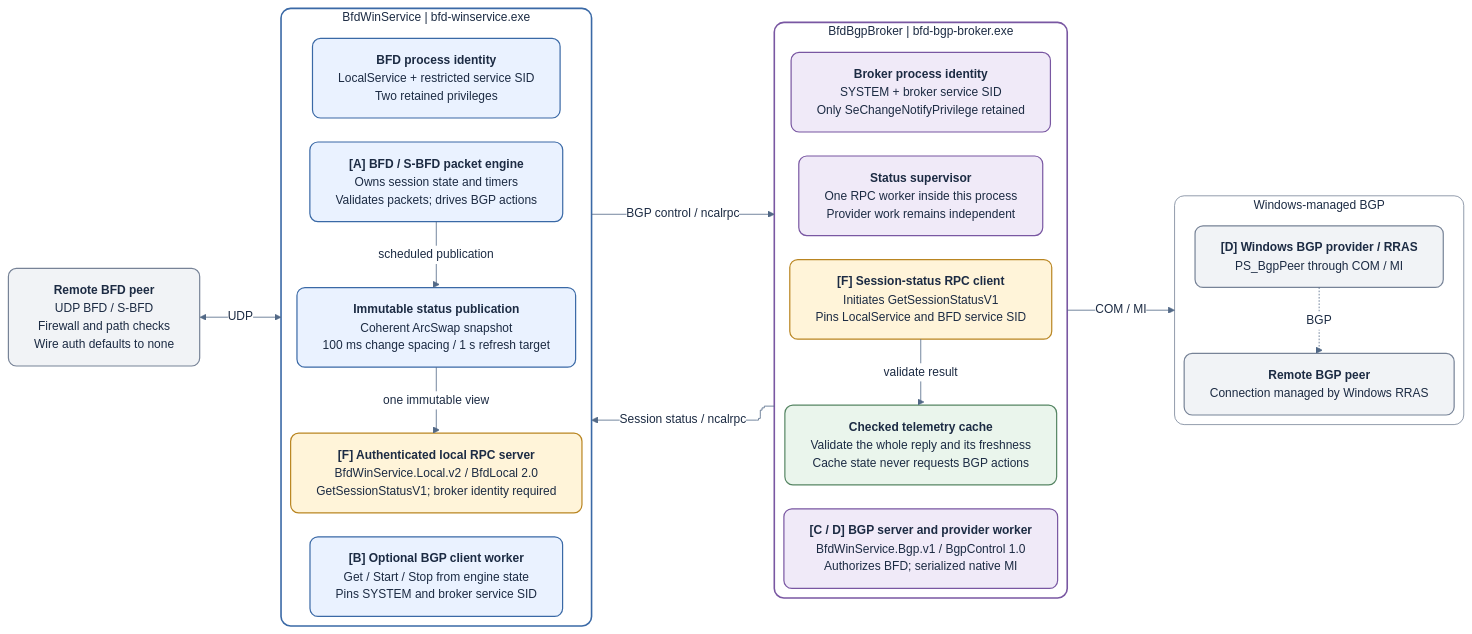
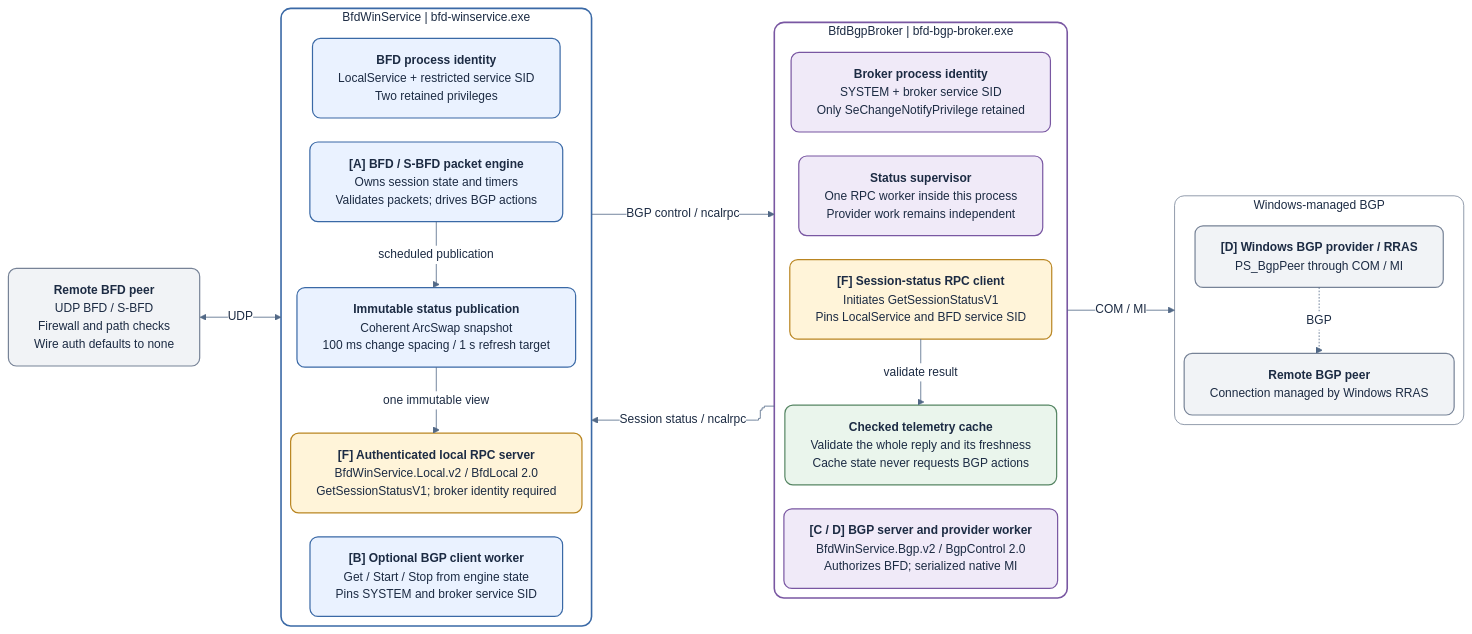
The first of 2 diagrams in docs/service-communication.md (miketheitguy/bfd-winservice), drawn with Mermaid before and after one commit. The commit also changed other lines of this file and 22 other files, not shown here.

Commit message:
refactor: remove BGP broker probes and restart detection

````diff
--- a/docs/service-communication.md
+++ b/docs/service-communication.md
@@ -64,77 +64,77 @@
 ```mermaid
 ---
 config:
   layout: elk
   look: classic
   theme: base
   fontFamily: Segoe UI, Arial, sans-serif
   themeVariables:
     fontSize: 15px
     primaryTextColor: '#1C2B43'
     lineColor: '#526987'
     clusterBkg: '#FFFFFF'
     edgeLabelBackground: '#FFFFFF'
   flowchart:
     wrappingWidth: 330
     padding: 16
     nodeSpacing: 26
     rankSpacing: 50
     curve: stepBefore
 ---
 flowchart LR
     accTitle: Runtime boundaries: BfdWinService.Local.v2 and BfdLocal 2.0
     accDescr: The broker initiates authenticated local session-status RPC to BFD. BFD initiates a separate BGP control RPC to the broker. The packet engine drives BGP actions; the telemetry cache is observational. The broker retains only SeChangeNotifyPrivilege.
     %% Mirrors service-communication.drawio, page 1.
 
     subgraph rt_bfd["BfdWinService | bfd-winservice.exe"]
         direction TB
         rt_bfd_token["<b>BFD process identity</b><br/>LocalService + restricted service SID<br/>Two retained privileges"]:::bfd
         rt_engine["<b>[A] BFD / S-BFD packet engine</b><br/>Owns session state and timers<br/>Validates packets; drives BGP actions"]:::bfd
         rt_publisher["<b>Immutable status publication</b><br/>Coherent ArcSwap snapshot<br/>100 ms change spacing / 1 s refresh target"]:::bfd
         rt_rpc["<b>[F] Authenticated local RPC server</b><br/>BfdWinService.Local.v2 / BfdLocal 2.0<br/>GetSessionStatusV1; broker identity required"]:::gate
         rt_bgp_client["<b>[B] Optional BGP client worker</b><br/>Get / Start / Stop from engine state<br/>Pins SYSTEM and broker service SID"]:::bfd
     end
 
     subgraph rt_broker["BfdBgpBroker | bfd-bgp-broker.exe"]
         direction TB
         rt_broker_token["<b>Broker process identity</b><br/>SYSTEM + broker service SID<br/>Only SeChangeNotifyPrivilege retained"]:::broker
         rt_monitor["<b>Status supervisor</b><br/>One RPC worker inside this process<br/>Provider work remains independent"]:::broker
         rt_cache["<b>Checked telemetry cache</b><br/>Validate the whole reply and its freshness<br/>Cache state never requests BGP actions"]:::cache
         rt_client["<b>[F] Session-status RPC client</b><br/>Initiates GetSessionStatusV1<br/>Pins LocalService and BFD service SID"]:::gate
-        rt_control["<b>[C / D] BGP server and provider worker</b><br/>BfdWinService.Bgp.v1 / BgpControl 1.0<br/>Authorizes BFD; serialized native MI"]:::broker
+        rt_control["<b>[C / D] BGP server and provider worker</b><br/>BfdWinService.Bgp.v2 / BgpControl 2.0<br/>Authorizes BFD; serialized native MI"]:::broker
     end
 
     rt_remote["<b>Remote BFD peer</b><br/>UDP BFD / S-BFD<br/>Firewall and path checks<br/>Wire auth defaults to none"]:::external
     subgraph rt_external["Windows-managed BGP"]
         direction TB
         rt_provider["<b>[D] Windows BGP provider / RRAS</b><br/>PS_BgpPeer through COM / MI"]:::external
         rt_bgp_peer["<b>Remote BGP peer</b><br/>Connection managed by Windows RRAS"]:::external
     end
 
     rt_remote <-->|"UDP"| rt_bfd
     rt_engine -->|"scheduled publication"| rt_publisher
     rt_publisher -->|"one immutable view"| rt_rpc
     rt_broker -->|"Session status / ncalrpc"| rt_bfd
     rt_client -->|"validate result"| rt_cache
     rt_bfd -->|"BGP control / ncalrpc"| rt_broker
     rt_broker -->|"COM / MI"| rt_external
     rt_provider -.->|"BGP"| rt_bgp_peer
 
     %% Invisible links align independent sections; they do not represent calls.
     rt_bfd_token ~~~ rt_engine
     rt_rpc ~~~ rt_bgp_client
     rt_broker_token ~~~ rt_monitor
     rt_monitor ~~~ rt_client
     rt_cache ~~~ rt_control
 
     classDef bfd fill:#EAF2FF,stroke:#3A69A6,color:#1C2B43,stroke-width:1.5px,rx:10,ry:10
     classDef broker fill:#F0EAF8,stroke:#7957A2,color:#1C2B43,stroke-width:1.5px,rx:10,ry:10
     classDef gate fill:#FFF4D9,stroke:#B98521,color:#1C2B43,stroke-width:1.5px,rx:10,ry:10
     classDef cache fill:#EAF5EC,stroke:#558563,color:#1C2B43,stroke-width:1.5px,rx:10,ry:10
     classDef external fill:#F1F3F6,stroke:#778397,color:#1C2B43,stroke-width:1.5px,rx:10,ry:10
     classDef note fill:#FFFFFF,stroke:#B8C2D0,color:#1C2B43,stroke-width:1.5px,rx:10,ry:10
     style rt_bfd fill:#FFFFFF,stroke:#3A69A6,color:#1C2B43,stroke-width:2px,rx:12,ry:12
     style rt_broker fill:#FFFFFF,stroke:#7957A2,color:#1C2B43,stroke-width:2px,rx:12,ry:12
 
     style rt_external fill:#FFFFFF,stroke:#778397,color:#1C2B43,rx:12,ry:12
 ```
````
